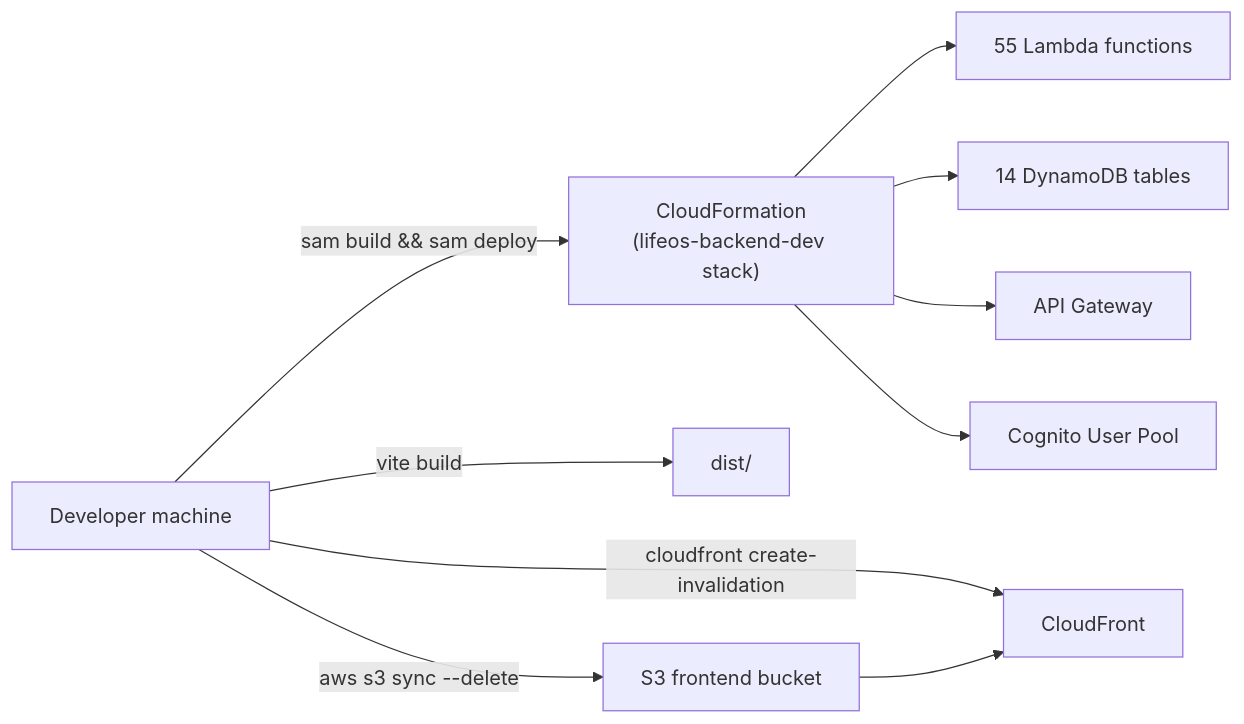
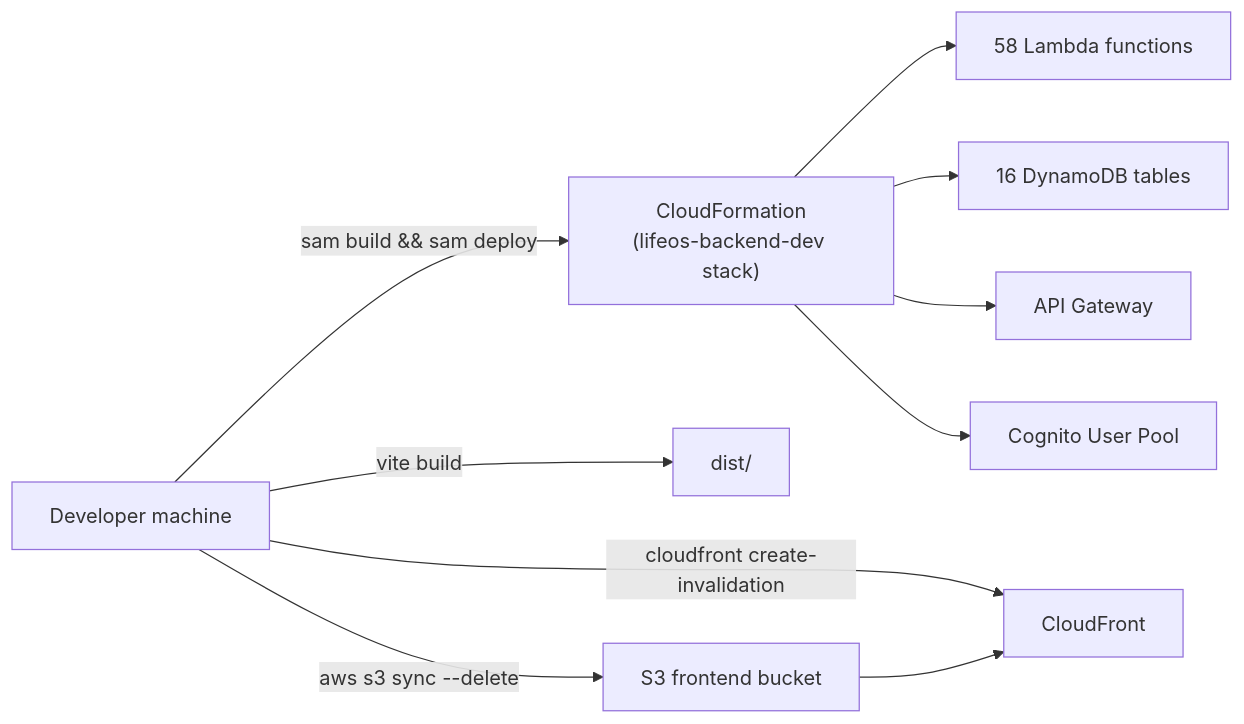
One commit to pragya0905/LifeOS changed the third of 8 diagrams in docs/HLD_LLD.md. Above: the diagram before and after it, drawn with Mermaid. The commit also changed other lines of this file and 2 other files, not shown here.

````diff
--- a/docs/HLD_LLD.md
+++ b/docs/HLD_LLD.md
@@ -208,12 +222,12 @@
 ```mermaid
 flowchart LR
     DEV["Developer machine"] -- "sam build && sam deploy" --> CFN["CloudFormation<br/>(lifeos-backend-dev stack)"]
-    CFN --> LAMBDAS["55 Lambda functions"]
-    CFN --> TABLES["14 DynamoDB tables"]
+    CFN --> LAMBDAS["58 Lambda functions"]
+    CFN --> TABLES["16 DynamoDB tables"]
     CFN --> APIGW["API Gateway"]
     CFN --> POOL["Cognito User Pool"]
     DEV -- "vite build" --> DIST["dist/"]
     DEV -- "aws s3 sync --delete" --> BUCKET["S3 frontend bucket"]
     DEV -- "cloudfront create-invalidation" --> CDN["CloudFront"]
     BUCKET --> CDN
 ```
````
